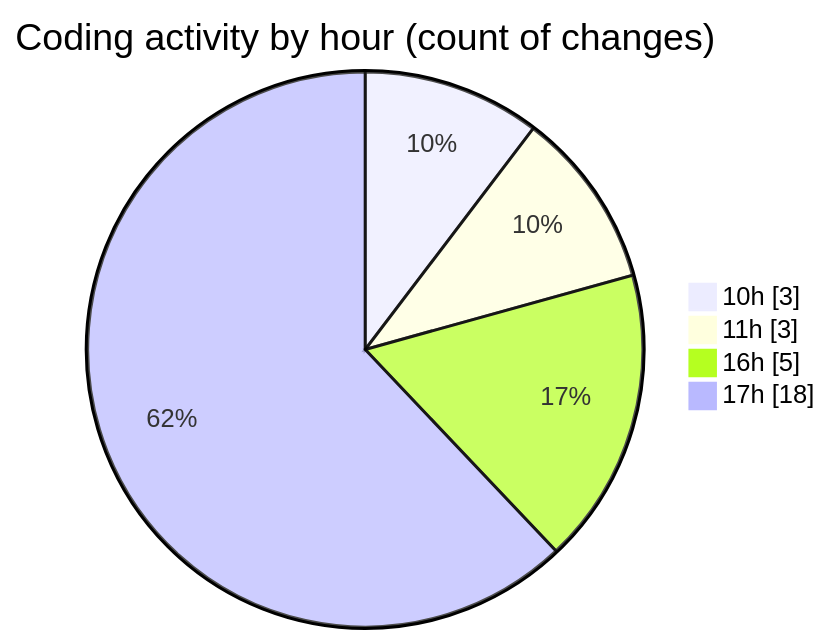
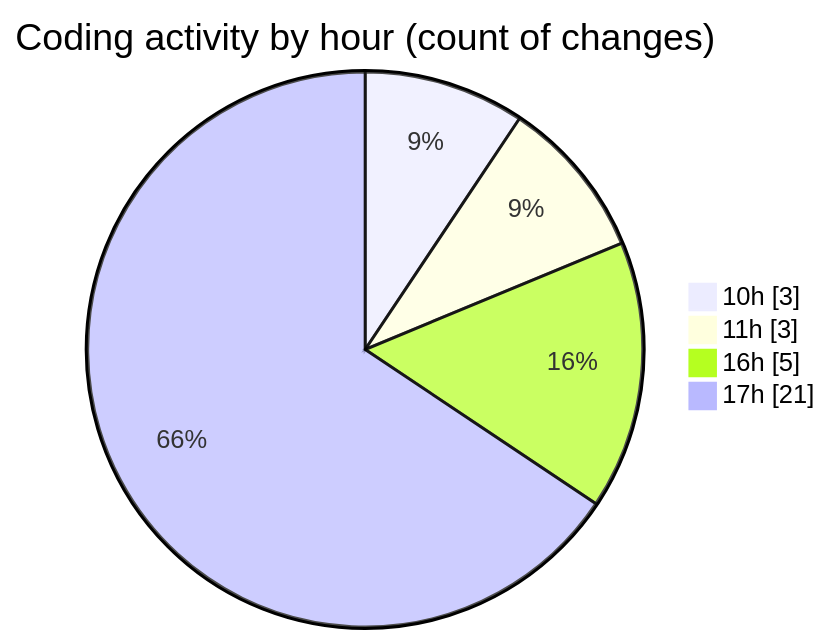
Before and after one commit to charlie-sans/code-tracking: the second of 2 diagrams in 2025-02-26/micros/README.md, drawn with Mermaid. The commit also changed other lines of this file and 1 other file, not shown here.

````diff
--- a/2025-02-26/micros/README.md
+++ b/2025-02-26/micros/README.md
@@ -36,8 +37,8 @@
 ```mermaid
 pie showData
 title Coding activity by hour (count of changes)
 "10h" : 3
 "11h" : 3
 "16h" : 5
-"17h" : 18
+"17h" : 21
 ```
````
